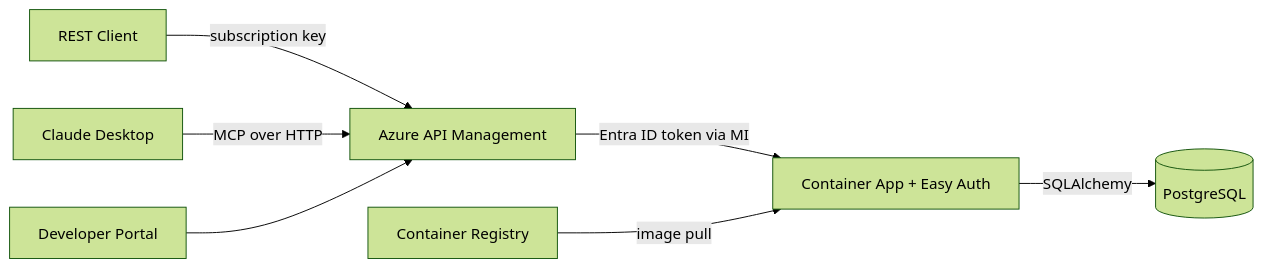
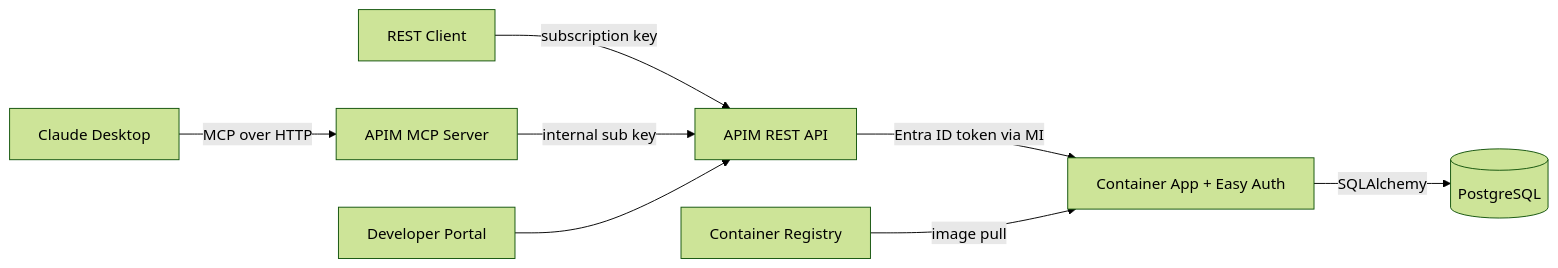
Before and after one commit to ozgurkarahan/azure-apim-mcp-server: the diagram in CLAUDE.md, drawn with Mermaid (forest theme). The commit also changed other lines of this file and 1 other file, not shown here.

First line of the commit message:
Update docs and comments to reflect MCP routing through REST API

````diff
--- a/CLAUDE.md
+++ b/CLAUDE.md
@@ -8,9 +8,10 @@
 ```mermaid
 graph LR
-    Client[REST Client] -->|subscription key| APIM[Azure API Management]
-    Claude[Claude Desktop] -->|MCP over HTTP| APIM
-    APIM -->|Entra ID token via MI| CA[Container App + Easy Auth]
+    Client[REST Client] -->|subscription key| REST[APIM REST API]
+    Claude[Claude Desktop] -->|MCP over HTTP| MCP[APIM MCP Server]
+    MCP -->|internal sub key| REST
+    REST -->|Entra ID token via MI| CA[Container App + Easy Auth]
     CA -->|SQLAlchemy| PG[(PostgreSQL)]
-    DevPortal[Developer Portal] --> APIM
+    DevPortal[Developer Portal] --> REST
     ACR[Container Registry] -->|image pull| CA
 ```
````
